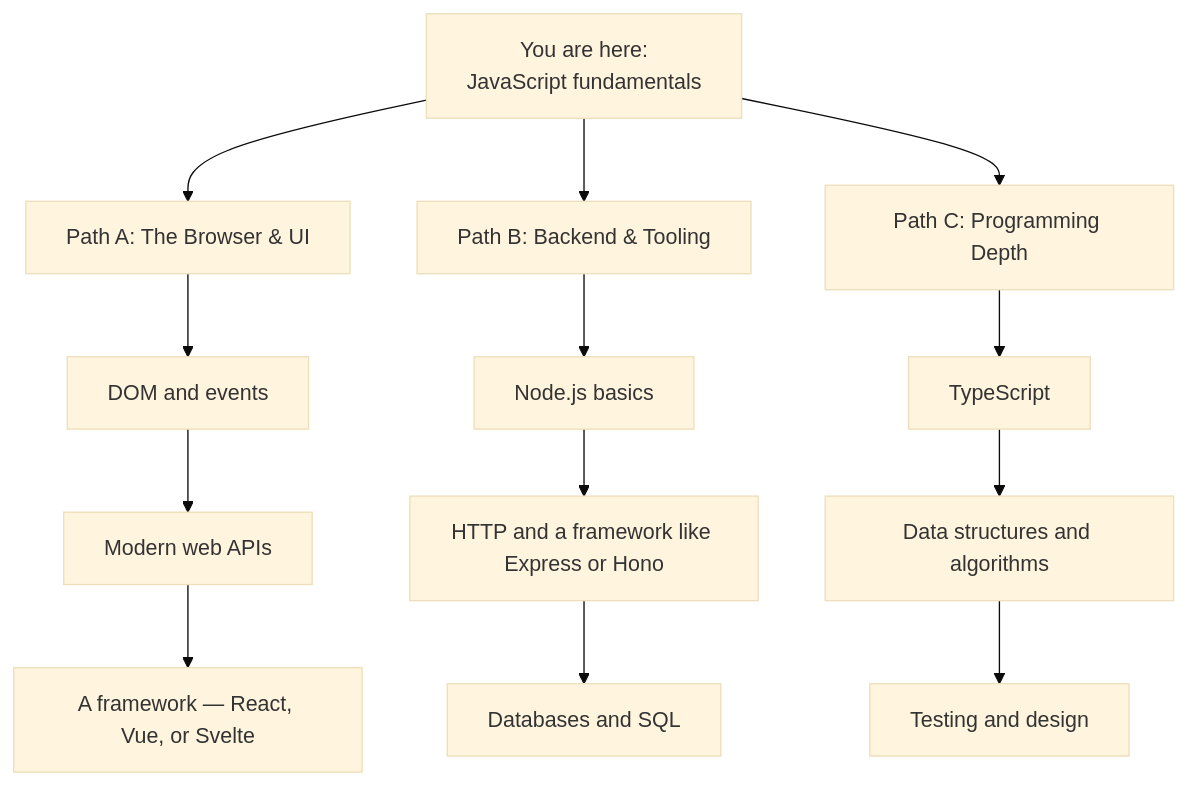
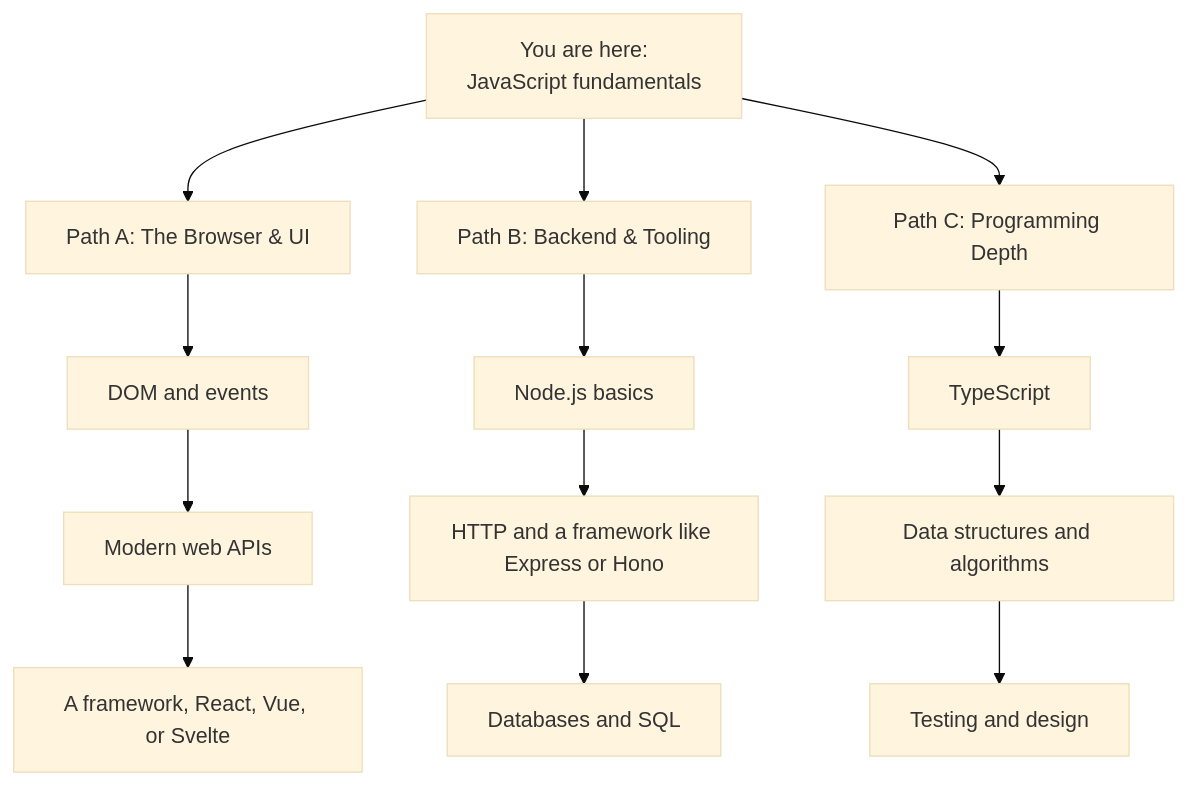
One commit to dataslope/dataslope changed the diagram in content/courses/beginners-javascript/next-steps.mdx. Above: the diagram before and after it, drawn with Mermaid (base theme). The commit also changed other lines of this file and 1206 other files, not shown here.

````diff
--- a/content/courses/beginners-javascript/next-steps.mdx
+++ b/content/courses/beginners-javascript/next-steps.mdx
@@ -74,15 +74,15 @@
 ```mermaid
 flowchart TB
     Foundations[You are here:<br/>JavaScript fundamentals] --> A[Path A: The Browser & UI]
     Foundations --> B[Path B: Backend & Tooling]
     Foundations --> C[Path C: Programming Depth]
     A --> A1[DOM and events]
     A1 --> A2[Modern web APIs]
-    A2 --> A3[A framework — React, Vue, or Svelte]
+    A2 --> A3[A framework, React, Vue, or Svelte]
     B --> B1[Node.js basics]
     B1 --> B2[HTTP and a framework like Express or Hono]
     B2 --> B3[Databases and SQL]
     C --> C1[TypeScript]
     C1 --> C2[Data structures and algorithms]
     C2 --> C3[Testing and design]
 ```
````
